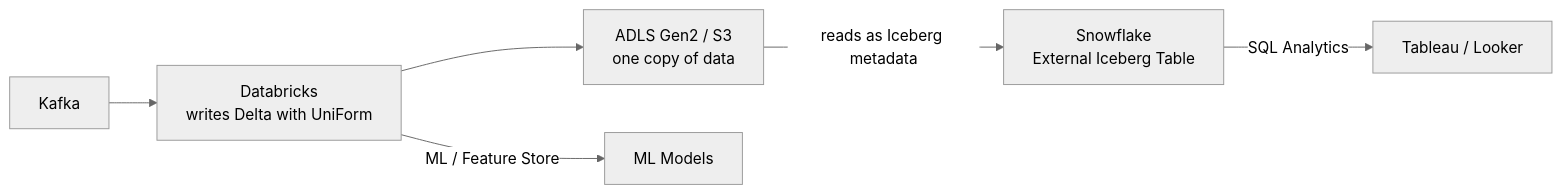
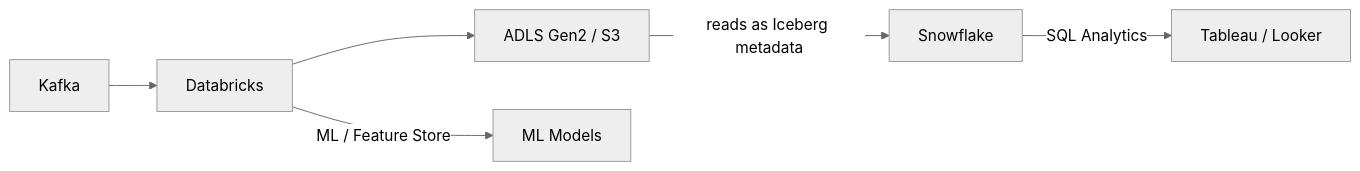
One commit to gcmishra7/data-engineering-helper changed the diagram in 09-cross-platform/02-databricks-snowflake-bridge.md. Above: the diagram before and after it, drawn with Mermaid (neutral theme). The commit also changed other lines of this file and 57 other files, not shown here.

First line of the commit message:
Shorten mermaid node labels to fix text truncation on GitHub

````diff
--- a/09-cross-platform/02-databricks-snowflake-bridge.md
+++ b/09-cross-platform/02-databricks-snowflake-bridge.md
@@ -10,8 +10,8 @@
 ```mermaid
 graph LR
-    K[Kafka] --> DB_S[Databricks<br/>writes Delta with UniForm]
-    DB_S --> ADLS[ADLS Gen2 / S3<br/>one copy of data]
-    ADLS -->|reads as Iceberg metadata| SF[Snowflake<br/>External Iceberg Table]
+    K[Kafka] --> DB_S[Databricks]
+    DB_S --> ADLS[ADLS Gen2 / S3]
+    ADLS -->|reads as Iceberg metadata| SF[Snowflake]
     DB_S -->|ML / Feature Store| ML[ML Models]
     SF -->|SQL Analytics| BI[Tableau / Looker]
 ```
````
